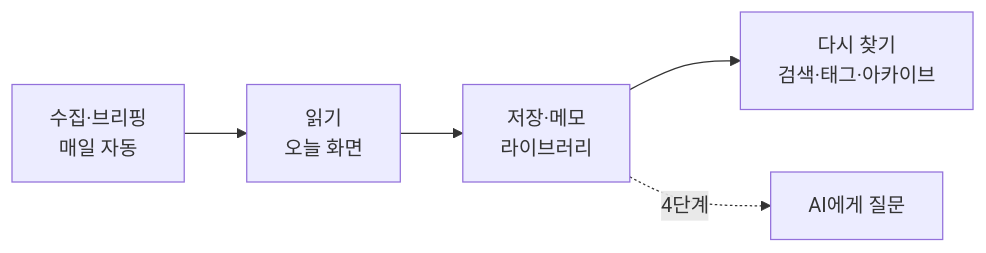
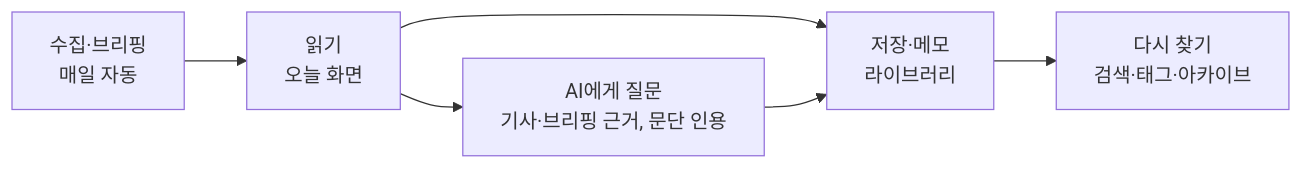
One commit to EPIGEXE/jogan-news changed the diagram in docs/01-overview.md. Above: the diagram before and after it, drawn with Mermaid. The commit also changed other lines of this file and 123 other files, not shown here.

````diff
--- a/docs/01-overview.md
+++ b/docs/01-overview.md
@@ -9,7 +9,8 @@
 ```mermaid
 flowchart LR
   A[수집·브리핑<br/>매일 자동] --> B[읽기<br/>오늘 화면]
   B --> C[저장·메모<br/>라이브러리]
   C --> D[다시 찾기<br/>검색·태그·아카이브]
-  C -. 4단계 .-> E[AI에게 질문]
+  B --> E[AI에게 질문<br/>기사·브리핑 근거, 문단 인용]
+  E --> C
 ```
````
